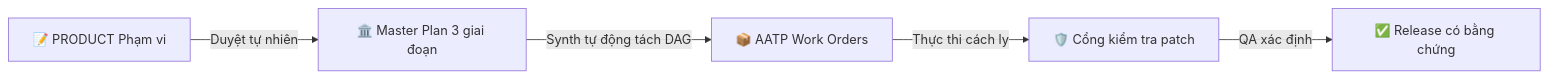
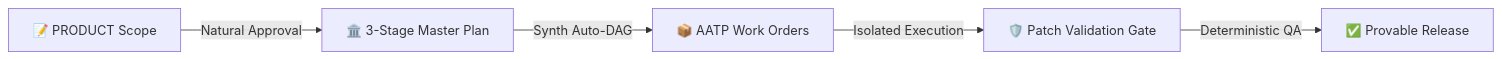
The diagram in README.md (oaichu/OMP-foundry), drawn with Mermaid before and after one commit. The commit also changed other lines of this file, not shown here.

````diff
--- a/README.md
+++ b/README.md
@@ -55,7 +56,7 @@
 ```mermaid
 flowchart LR
-    A[📝 PRODUCT Phạm vi] -->|Duyệt tự nhiên| B[🏛️ Master Plan 3 giai đoạn]
-    B -->|Synth tự động tách DAG| C[📦 AATP Work Orders]
-    C -->|Thực thi cách ly| D[🛡️ Cổng kiểm tra patch]
-    D -->|QA xác định| E[✅ Release có bằng chứng]
+    A[📝 PRODUCT Scope] -->|Natural Approval| B[🏛️ 3-Stage Master Plan]
+    B -->|Synth Auto-DAG| C[📦 AATP Work Orders]
+    C -->|Isolated Execution| D[🛡️ Patch Validation Gate]
+    D -->|Deterministic QA| E[✅ Provable Release]
 ```
````
